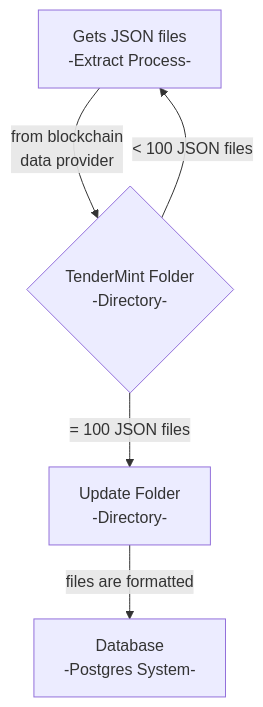
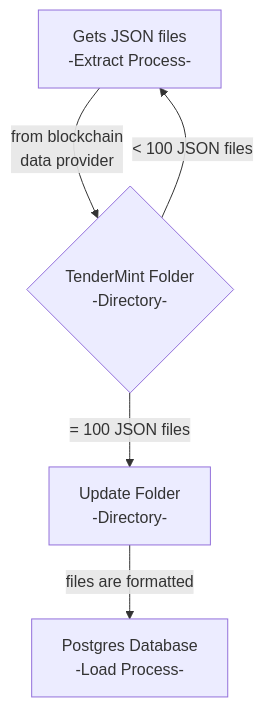
The diagram in README.md (patmcfarland/one), drawn with Mermaid before and after one commit.

````diff
--- a/README.md
+++ b/README.md
@@ -1,10 +1,10 @@
 ```mermaid
 flowchart TD
 A[Gets JSON files<br>-Extract Process-]
 A -- from blockchain<br>data provider --> B
 B{TenderMint Folder<br>-Directory-}
 B -- = 100 JSON files --> C[Update Folder<br>-Directory-]
 B -- < 100 JSON files --> A
 C -- files are formatted --> D
-D[Database<br>-Postgres System-]
+D[Postgres Database<br>-Load Process-]
 ```
````
